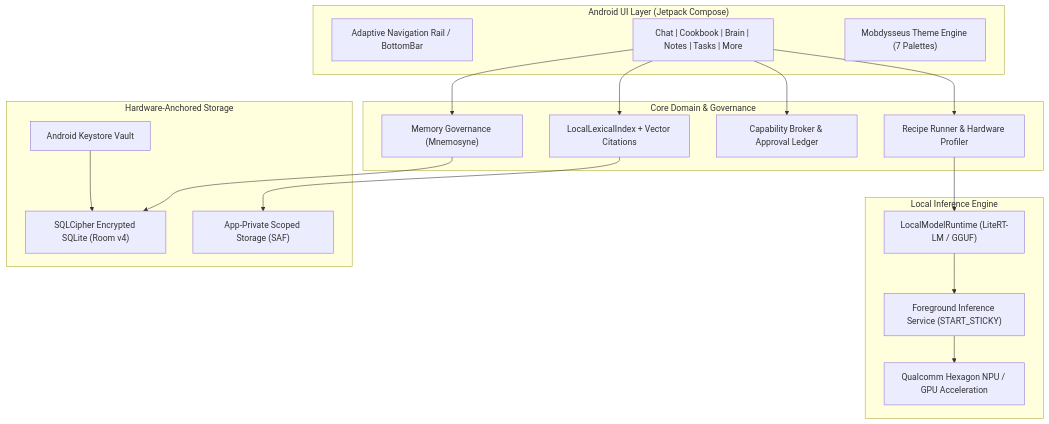
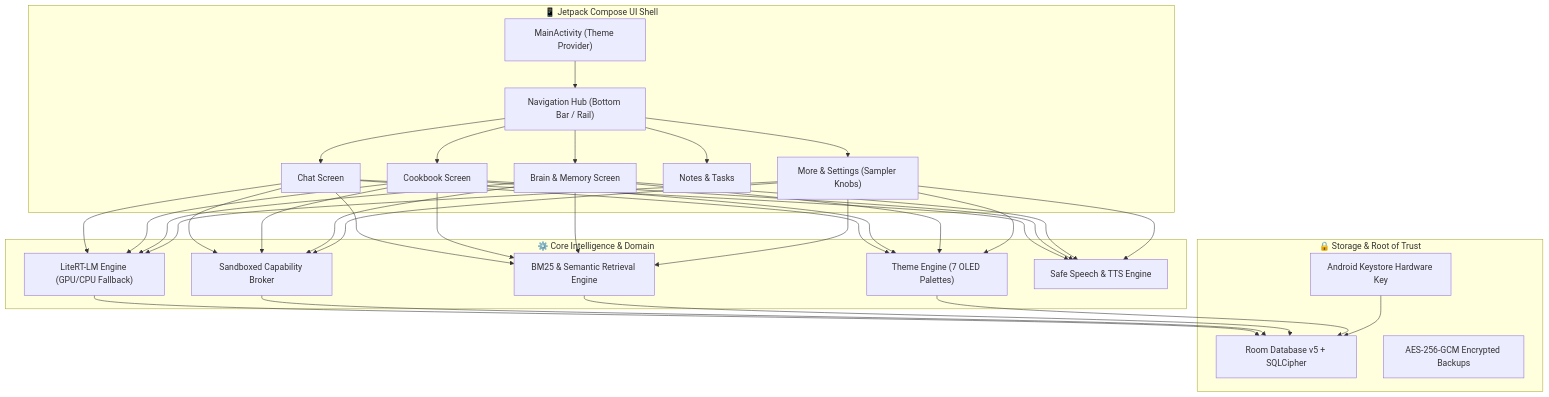
The diagram in README.md (NaustudentX18/mobdysseus), drawn with Mermaid before and after one commit. The commit also changed other lines of this file and 3 other files, not shown here.

First line of the commit message:
docs(roadmap): publish massive 7-phase master roadmap and swarm backlog to GitHub

````diff
--- a/README.md
+++ b/README.md
@@ -54,38 +60,32 @@
 ```mermaid
 graph TD
-    subgraph "Android UI Layer (Jetpack Compose)"
-        UI_Nav["Adaptive Navigation Rail / BottomBar"]
-        UI_Screens["Chat | Cookbook | Brain | Notes | Tasks | More"]
-        UI_Theme["Mobdysseus Theme Engine (7 Palettes)"]
+    subgraph UI ["📱 Jetpack Compose UI Shell"]
+        Shell["MainActivity (Theme Provider)"]
+        Nav["Navigation Hub (Bottom Bar / Rail)"]
+        Chat["Chat Screen"]
+        Cookbook["Cookbook Screen"]
+        Brain["Brain & Memory Screen"]
+        Notes["Notes & Tasks"]
+        More["More & Settings (Sampler Knobs)"]
     end
 
-    subgraph "Core Domain & Governance"
-        Core_Mem["Memory Governance (Mnemosyne)"]
-        Core_RAG["LocalLexicalIndex + Vector Citations"]
-        Core_Broker["Capability Broker & Approval Ledger"]
-        Core_Recipe["Recipe Runner & Hardware Profiler"]
+    subgraph Core ["⚙️ Core Intelligence & Domain"]
+        Runtime["LiteRT-LM Engine (GPU/CPU Fallback)"]
+        Broker["Sandboxed Capability Broker"]
+        RAG["BM25 & Semantic Retrieval Engine"]
+        Theme["Theme Engine (7 OLED Palettes)"]
+        Voice["Safe Speech & TTS Engine"]
     end
 
-    subgraph "Local Inference Engine"
-        Eng_Runtime["LocalModelRuntime (LiteRT-LM / GGUF)"]
-        Eng_Service["Foreground Inference Service (START_STICKY)"]
-        Eng_NPU["Qualcomm Hexagon NPU / GPU Acceleration"]
+    subgraph Security ["🔒 Storage & Root of Trust"]
+        Sec_KeyStore["Android Keystore Hardware Key"]
+        Sec_SQLCipher["Room Database v5 + SQLCipher"]
+        Sec_Backup["AES-256-GCM Encrypted Backups"]
     end
 
-    subgraph "Hardware-Anchored Storage"
-        Sec_KeyStore["Android Keystore Vault"]
-        Sec_SQLCipher["SQLCipher Encrypted SQLite (Room v4)"]
-        Sec_SAF["App-Private Scoped Storage (SAF)"]
-    end
-
-    UI_Screens --> Core_Mem
-    UI_Screens --> Core_RAG
-    UI_Screens --> Core_Broker
-    UI_Screens --> Core_Recipe
-    Core_Recipe --> Eng_Runtime
-    Eng_Runtime --> Eng_Service
-    Eng_Service --> Eng_NPU
-    Core_Mem --> Sec_SQLCipher
-    Core_RAG --> Sec_SAF
+    Shell --> Nav
+    Nav --> Chat & Cookbook & Brain & Notes & More
+    Chat & Cookbook & Brain & More --> Runtime & Broker & RAG & Theme & Voice
+    Runtime & Broker & RAG & Theme --> Sec_SQLCipher
     Sec_KeyStore --> Sec_SQLCipher
 ```
````
